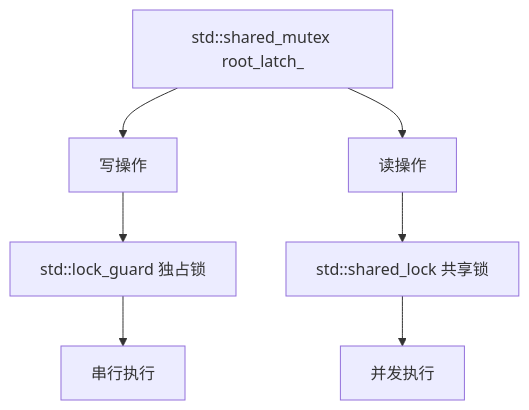
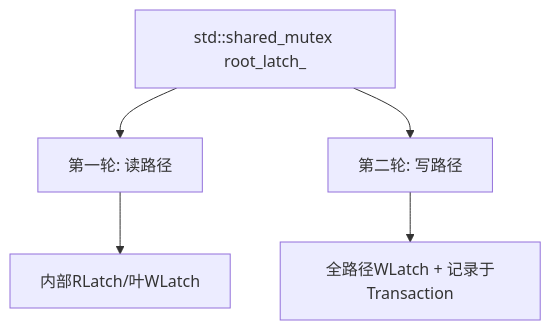
The first of 6 diagrams in doc/并发操作总览.md (870255728/bptree), drawn with Mermaid before and after one commit. The commit also changed other lines of this file and 16 other files, not shown here.

````diff
--- a/doc/并发操作总览.md
+++ b/doc/并发操作总览.md
@@ -17,9 +17,7 @@
 ```mermaid
 graph TD
-    A[std::shared_mutex root_latch_] --> B[写操作]
-    A --> C[读操作]
-    B --> D[std::lock_guard 独占锁]
-    C --> E[std::shared_lock 共享锁]
-    D --> F[串行执行]
-    E --> G[并发执行]
+    A[std::shared_mutex root_latch_] --> B[第一轮: 读路径]
+    A --> C[第二轮: 写路径]
+    B --> D[内部RLatch/叶WLatch]
+    C --> E[全路径WLatch + 记录于Transaction]
 ```
````
